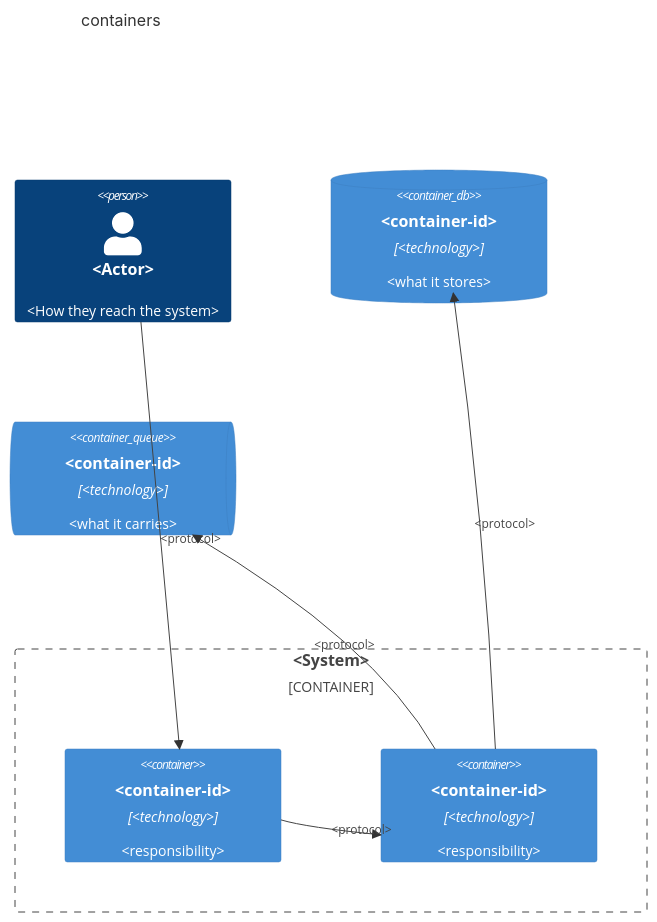
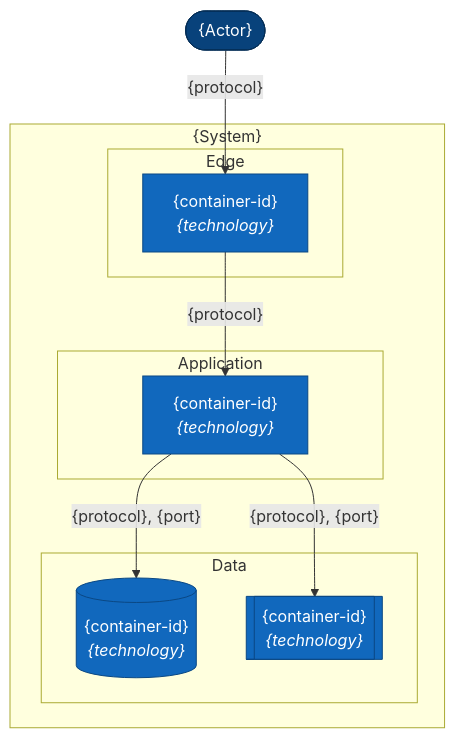
Before and after one commit to psarma89/plane: the first of 3 diagrams in docs/architecture/c4/containers/TEMPLATE.md, drawn with Mermaid. The commit also changed other lines of this file and 6 other files, not shown here.

````diff
--- a/docs/architecture/c4/containers/TEMPLATE.md
+++ b/docs/architecture/c4/containers/TEMPLATE.md
@@ -37,19 +19,28 @@
 ```mermaid
-C4Container
-    title <System> containers
+flowchart TB
+    user(["{Actor}"])
 
-    Person(user, "<Actor>", "<How they reach the system>")
+    subgraph system["{System}"]
+        subgraph edge["Edge"]
+            a["{container-id}<br/><i>{technology}</i>"]
+        end
+        subgraph app["Application"]
+            b["{container-id}<br/><i>{technology}</i>"]
+        end
+        subgraph data["Data"]
+            store[("{container-id}<br/><i>{technology}</i>")]
+            queue[["{container-id}<br/><i>{technology}</i>"]]
+        end
+    end
 
-    Container_Boundary(system, "<System>") {
-        Container(a, "<container-id>", "<technology>", "<responsibility>")
-        Container(b, "<container-id>", "<technology>", "<responsibility>")
-    }
+    user -->|"{protocol}"| a
+    a -->|"{protocol}"| b
+    b -->|"{protocol}, {port}"| store
+    b -->|"{protocol}, {port}"| queue
 
-    ContainerDb(store, "<container-id>", "<technology>", "<what it stores>")
-    ContainerQueue(queue, "<container-id>", "<technology>", "<what it carries>")
-
-    Rel(user, a, "<protocol>")
-    Rel(a, b, "<protocol>")
-    Rel(b, store, "<protocol>")
-    Rel(b, queue, "<protocol>")
+    classDef person fill:#08427b,stroke:#052e56,color:#ffffff
+    classDef container fill:#1168bd,stroke:#0b4884,color:#ffffff
+    classDef ext fill:#999999,stroke:#6b6b6b,color:#ffffff
+    class user person
+    class a,b,store,queue container
 ```
````
